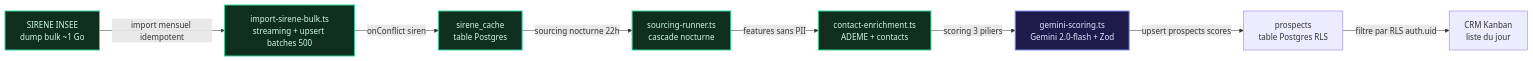
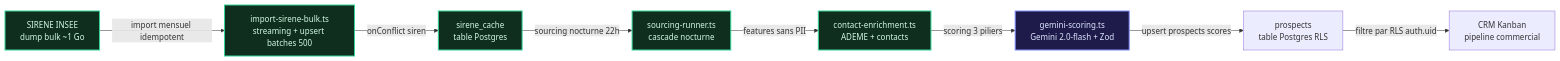
Before and after one commit to anbsamsam17/Strofe_ProspectionAgent: the second of 2 diagrams in README.md, drawn with Mermaid. The commit also changed other lines of this file and 35 other files, not shown here.

````diff
--- a/README.md
+++ b/README.md
@@ -122,24 +122,24 @@
 ```mermaid
 flowchart LR
     INSEE["SIRENE INSEE<br/>dump bulk ~1 Go"]
     IMPORT["import-sirene-bulk.ts<br/>streaming + upsert batches 500"]
     CACHE["sirene_cache<br/>table Postgres"]
     SRC["sourcing-runner.ts<br/>cascade nocturne"]
     ENR["contact-enrichment.ts<br/>ADEME + contacts"]
     SCORE["gemini-scoring.ts<br/>Gemini 2.0-flash + Zod"]
     PROSPECTS["prospects<br/>table Postgres RLS"]
-    CRM["CRM Kanban<br/>liste du jour"]
+    CRM["CRM Kanban<br/>pipeline commercial"]
 
     INSEE -->|import mensuel idempotent| IMPORT
     IMPORT -->|onConflict siren| CACHE
     CACHE -->|sourcing nocturne 22h| SRC
     SRC -->|features sans PII| ENR
     ENR -->|scoring 3 piliers| SCORE
     SCORE -->|upsert prospects scores| PROSPECTS
     PROSPECTS -->|filtre par RLS auth.uid| CRM
 
     classDef src fill:#0f2e1d,stroke:#34d399,stroke-width:2px,color:#d1fae5;
     classDef llm fill:#1e1b4b,stroke:#818cf8,stroke-width:2px,color:#e0e7ff;
     class INSEE,IMPORT,CACHE,SRC,ENR src;
     class SCORE llm;
 ```
````
